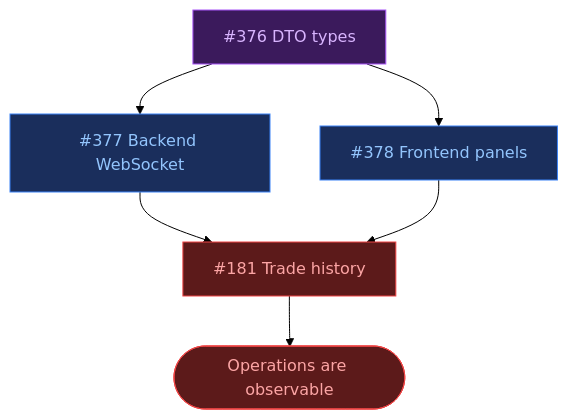
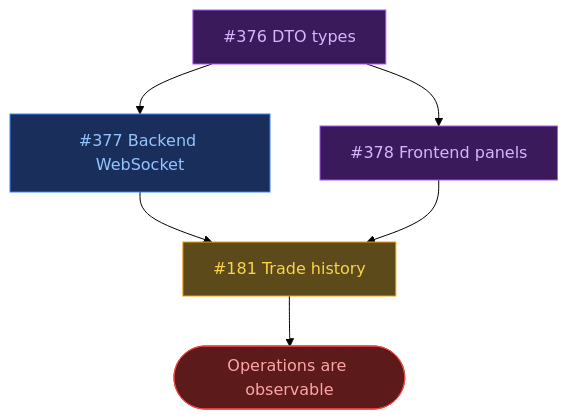
Before and after one commit to ST0x-Technology/st0x.liquidity: the fifth of 8 diagrams in ROADMAP.md, drawn with Mermaid (forest theme). The commit also changed other lines of this file, not shown here.

Commit message:
roadmap: add 'ready' state for stackable dependencies, re-evaluate all graphs

````diff
--- a/ROADMAP.md
+++ b/ROADMAP.md
@@ -184,19 +174,20 @@
 ```mermaid
 graph TD
     classDef wip fill:#1a2e5c,stroke:#3b82f6,color:#93c5fd
     classDef review fill:#3b1a5c,stroke:#a855f7,color:#d8b4fe
+    classDef ready fill:#5c4a1a,stroke:#f59e0b,color:#fcd34d
     classDef blocked fill:#5c1a1a,stroke:#ef4444,color:#fca5a5
 
     id376["#376 DTO types"]:::review
     id377["#377 Backend WebSocket"]:::wip
-    id378["#378 Frontend panels"]:::wip
-    id181["#181 Trade history"]:::blocked
+    id378["#378 Frontend panels"]:::review
+    id181["#181 Trade history"]:::ready
     goal(["Operations are observable"]):::blocked
 
     id376 --> id377 & id378 --> id181 --> goal
 
     click id376 href "https://github.com/ST0x-Technology/st0x.liquidity/issues/376"
     click id377 href "https://github.com/ST0x-Technology/st0x.liquidity/issues/377"
     click id378 href "https://github.com/ST0x-Technology/st0x.liquidity/issues/378"
     click id181 href "https://github.com/ST0x-Technology/st0x.liquidity/issues/181"
 ```
````
